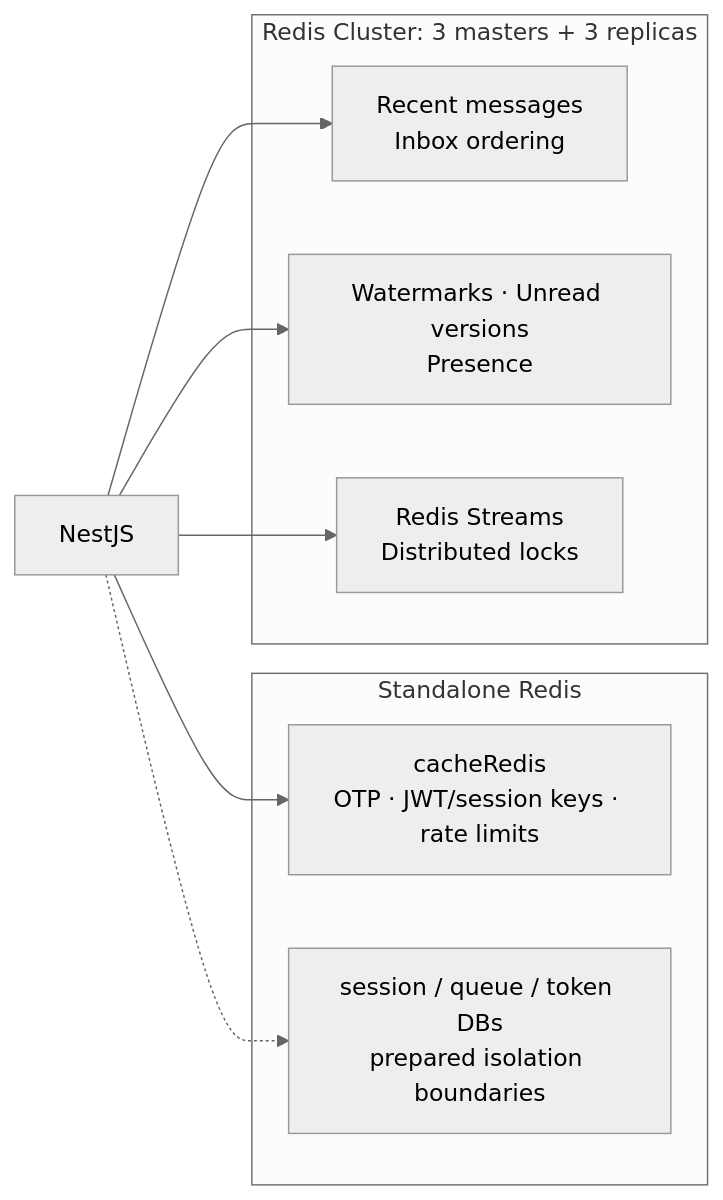
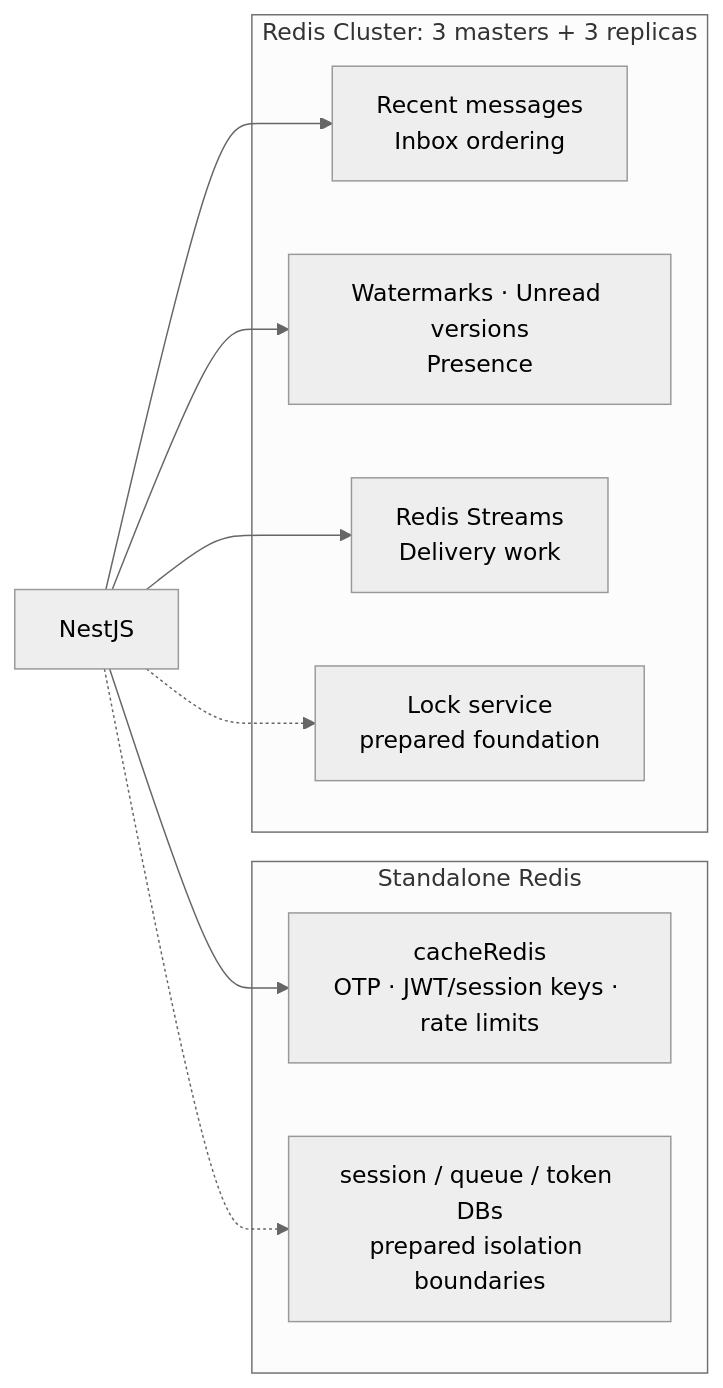
One commit to hieumn04/social-platform-backend changed the second of 2 diagrams in README.md. Above: the diagram before and after it, drawn with Mermaid (neutral theme). The commit also changed other lines of this file and 1 other file, not shown here.

````diff
--- a/README.md
+++ b/README.md
@@ -98,21 +100,23 @@
 ```mermaid
 flowchart LR
     API[NestJS]
 
     subgraph Single[Standalone Redis]
         Active["cacheRedis<br/>OTP · JWT/session keys · rate limits"]
         Prepared["session / queue / token DBs<br/>prepared isolation boundaries"]
     end
 
     subgraph Cluster[Redis Cluster: 3 masters + 3 replicas]
         Hot["Recent messages<br/>Inbox ordering"]
         State["Watermarks · Unread versions<br/>Presence"]
-        Async["Redis Streams<br/>Distributed locks"]
+        Async["Redis Streams<br/>Delivery work"]
+        Lock["Lock service<br/>prepared foundation"]
     end
 
     API --> Active
     API -.-> Prepared
     API --> Hot
     API --> State
     API --> Async
+    API -.-> Lock
 ```
````
